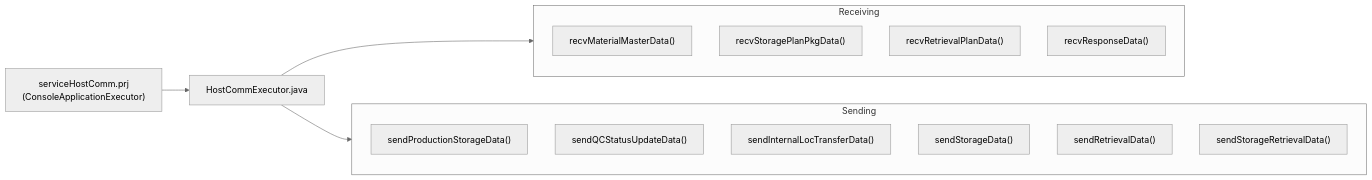
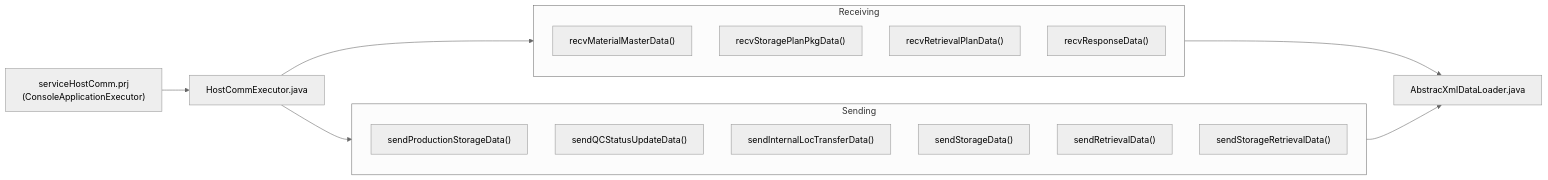
One commit to luthfiadityaa/SimeDarby-Wiki changed the diagram in Basic-Design/Host-Interfaces.md. Above: the diagram before and after it, drawn with Mermaid (neutral theme).

Commit message:
Updated Host Interfaces

```diff
--- a/Basic-Design/Host-Interfaces.md
+++ b/Basic-Design/Host-Interfaces.md
@@ -32,25 +32,26 @@
 ::: mermaid
 flowchart LR
  C1["serviceHostComm.prj<br>(ConsoleApplicationExecutor)"]  
  C2["HostCommExecutor.java"]
+ C13["AbstracXmlDataLoader.java"]
  C1 --> C2
- C2 --> Receiving
- C2 --> Sending
+ C2 --> Receiving --> C13
+ C2 --> Sending --> C13
 
 
 subgraph Receiving
  C3["recvMaterialMasterData()"]
  C4["recvStoragePlanPkgData()"]
  C5["recvRetrievalPlanData()"]
  C6["recvResponseData()"]
 end
 
 subgraph Sending
  C7["sendProductionStorageData()"]
  C8["sendQCStatusUpdateData()"]
  C9["sendInternalLocTransferData()"]
  C10["sendStorageData()"]
  C11["sendRetrievalData()"]
  C12["sendStorageRetrievalData()"]
 end
 :::
```
